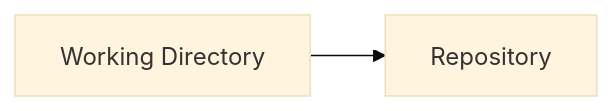
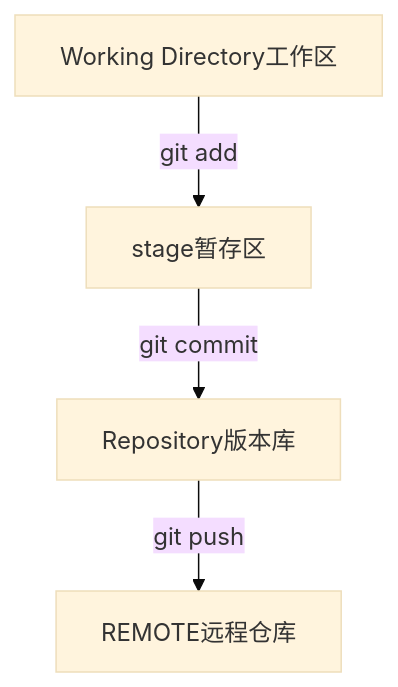
One commit to z54/GNU_NOTES changed the diagram in git/git.md. Above: the diagram before and after it, drawn with Mermaid (base theme). The commit also changed other lines of this file and 2 other files, not shown here.

````diff
--- a/git/git.md
+++ b/git/git.md
@@ -74,4 +18,6 @@
 ```mermaid
-graph LR
-WD[Working Directory] --> RP[Repository]
+graph TB
+WD[Working Directory工作区] -->|git add| stage[stage暂存区]
+stage -->|git commit| RP[Repository版本库]
+RP -->|git push| REMOTE远程仓库
 ```
````
